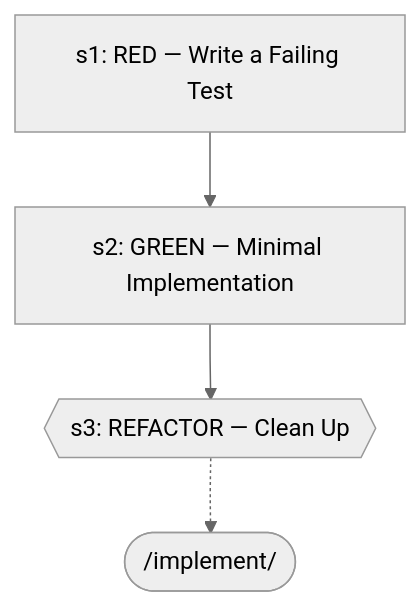
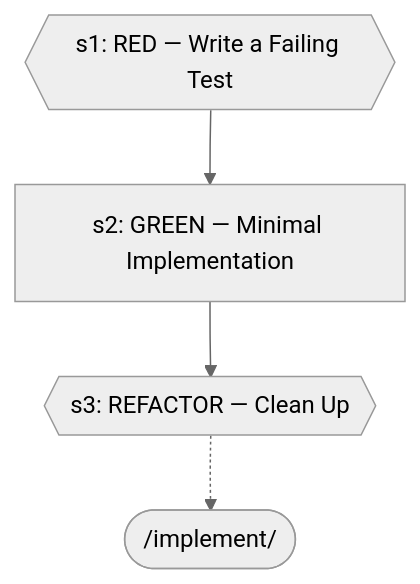
Diagram 20 of 22 in docs/workflows/skill-authoring.md (abhayla/claude-best-practices), drawn with Mermaid (neutral theme) before and after one commit. The commit also changed other lines of this file and 12 other files, not shown here.

````diff
--- a/docs/workflows/skill-authoring.md
+++ b/docs/workflows/skill-authoring.md
@@ -1075,10 +1058,10 @@
 ```mermaid
 graph TD
-    s1["s1: RED — Write a Failing Test"]
+    s1{{s1: RED — Write a Failing Test}}
     s2["s2: GREEN — Minimal Implementation"]
     s1 --> s2
     s3{{s3: REFACTOR — Clean Up}}
     s2 --> s3
     implement_ext([/implement/])
     s3 -.-> implement_ext
 ```
````
